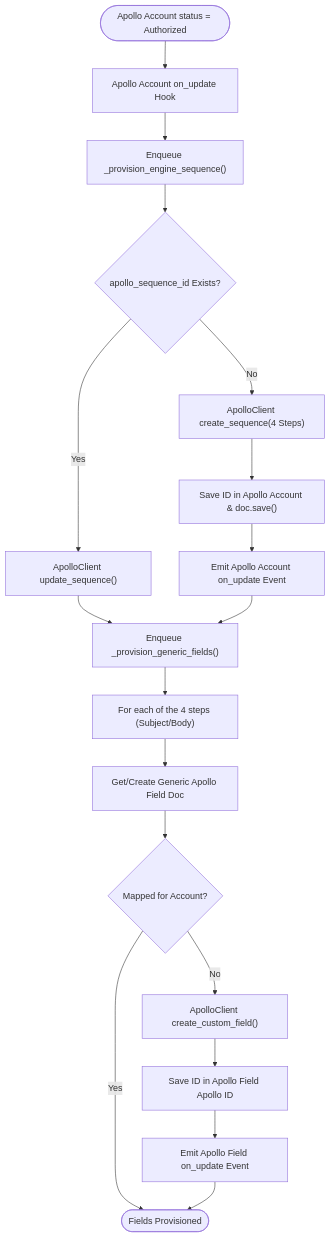
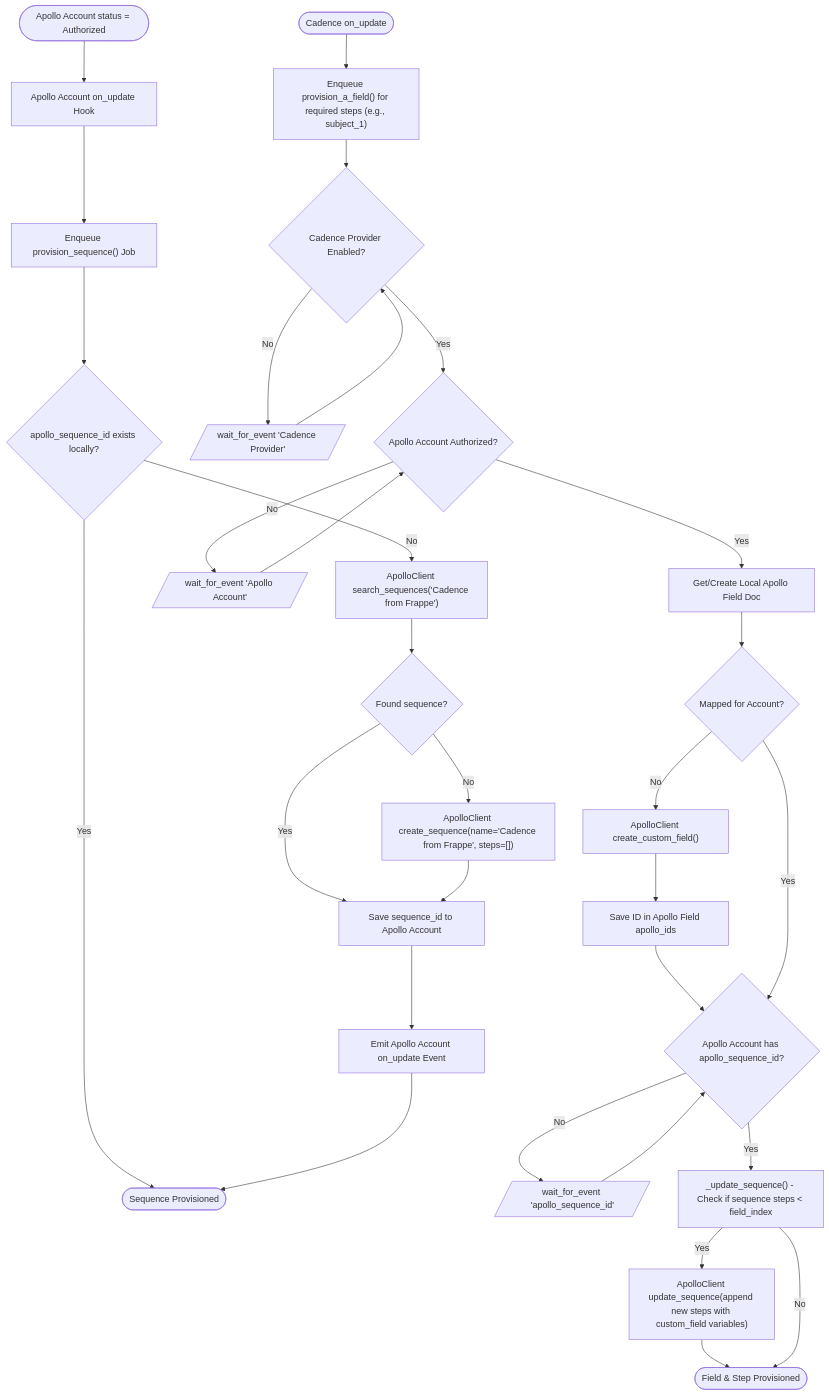
The diagram in docs/architecture/bpmn/03-cadence-provisioning.md (aurumorcom/frappe-apollo), drawn with Mermaid before and after one commit. The commit also changed other lines of this file and 1 other file, not shown here.

Commit message:
docs: update provisioning workflow diagrams
Update architecture documentation to reflect refactored sequence and
field provisioning workflows. Changes include:

- Separate Apollo Account sequence provisioning into its own subgraph
  with search-before-create logic to avoid duplicates
- Restructure Cadence field provisioning to use event-driven waits
  instead of upfront validation checks
- Add sequence step capacity checks and dynamic step appending via
  update_sequence() calls
- Simplify validation flow by deferring checks until prerequisites
  are met (Account Auth, Sequence ID)
- Update BPMN diagram with detailed provisioning loops and decision
  points for both sequences and fields
- Correct relative paths in component references

````diff
--- a/docs/architecture/bpmn/03-cadence-provisioning.md
+++ b/docs/architecture/bpmn/03-cadence-provisioning.md
@@ -10,24 +11,42 @@
 ```mermaid
 flowchart TD
+    %% Engine Sequence Provisioning Loop
     AccountAuth(["Apollo Account status = Authorized"]) --> OnUpdateAccount["Apollo Account on_update Hook"]
-    OnUpdateAccount --> EnqueueSeqProv["Enqueue _provision_engine_sequence()"]
+    OnUpdateAccount --> EnqueueSeqProv["Enqueue provision_sequence() Job"]
     
-    %% Engine Sequence Provisioning Loop
-    EnqueueSeqProv --> CheckSeqExists{"apollo_sequence_id Exists?"}
-    CheckSeqExists -- Yes --> UpdateSeq["ApolloClient update_sequence()"]
-    CheckSeqExists -- No --> CreateSeq["ApolloClient create_sequence(4 Steps)"]
-    CreateSeq --> SaveSeqID["Save ID in Apollo Account & doc.save()"]
+    EnqueueSeqProv --> CheckSeqExists{"apollo_sequence_id exists locally?"}
+    CheckSeqExists -- Yes --> EndSeqProv(["Sequence Provisioned"])
+    CheckSeqExists -- No --> SearchSeq["ApolloClient search_sequences('Cadence from Frappe')"]
+    SearchSeq --> CheckSearch{"Found sequence?"}
+    CheckSearch -- Yes --> SaveSeqID["Save sequence_id to Apollo Account"]
+    CheckSearch -- No --> CreateSeq["ApolloClient create_sequence(name='Cadence from Frappe', steps=[])"]
+    CreateSeq --> SaveSeqID
     SaveSeqID --> EmitAccountUpdate["Emit Apollo Account on_update Event"]
-    UpdateSeq --> EnqueueFieldProv["Enqueue _provision_generic_fields()"]
-    EmitAccountUpdate --> EnqueueFieldProv
+    EmitAccountUpdate --> EndSeqProv
     
-    %% Generic Field Provisioning Loop (e.g., subject_step_1, body_step_1)
-    EnqueueFieldProv --> LoopFields["For each of the 4 steps (Subject/Body)"]
-    LoopFields --> GetOrCreateField["Get/Create Generic Apollo Field Doc"]
-    GetOrCreateField --> CheckFieldMap{"Mapped for Account?"}
-    CheckFieldMap -- Yes --> EndFieldProv(["Fields Provisioned"])
+    %% Generic Field Provisioning Loop
+    CadenceUpdate(["Cadence on_update"]) --> EnqueueFields["Enqueue provision_a_field() for required steps (e.g., subject_1)"]
+    
+    EnqueueFields --> CheckProvider{"Cadence Provider Enabled?"}
+    CheckProvider -- No --> WaitProvider[/wait_for_event 'Cadence Provider'/]
+    WaitProvider --> CheckProvider
+    CheckProvider -- Yes --> CheckAccount{"Apollo Account Authorized?"}
+    
+    CheckAccount -- No --> WaitAccount[/wait_for_event 'Apollo Account'/]
+    WaitAccount --> CheckAccount
+    CheckAccount -- Yes --> CreateLocalField["Get/Create Local Apollo Field Doc"]
+    
+    CreateLocalField --> CheckFieldMap{"Mapped for Account?"}
     CheckFieldMap -- No --> CreateCustomField["ApolloClient create_custom_field()"]
-    CreateCustomField --> SaveFieldMap["Save ID in Apollo Field Apollo ID"]
-    SaveFieldMap --> EmitFieldUpdate["Emit Apollo Field on_update Event"]
-    EmitFieldUpdate --> EndFieldProv
+    CreateCustomField --> SaveFieldMap["Save ID in Apollo Field apollo_ids"]
+    SaveFieldMap --> CheckLocalSeqID
+    CheckFieldMap -- Yes --> CheckLocalSeqID{"Apollo Account has apollo_sequence_id?"}
+    
+    CheckLocalSeqID -- No --> WaitSeqID[/wait_for_event 'apollo_sequence_id'/]
+    WaitSeqID --> CheckLocalSeqID
+    CheckLocalSeqID -- Yes --> CheckStepCapacity["_update_sequence() - Check if sequence steps < field_index"]
+    
+    CheckStepCapacity -- Yes --> AppendSteps["ApolloClient update_sequence(append new steps with custom_field variables)"]
+    AppendSteps --> EndFieldProv(["Field & Step Provisioned"])
+    CheckStepCapacity -- No --> EndFieldProv
 ```
````
